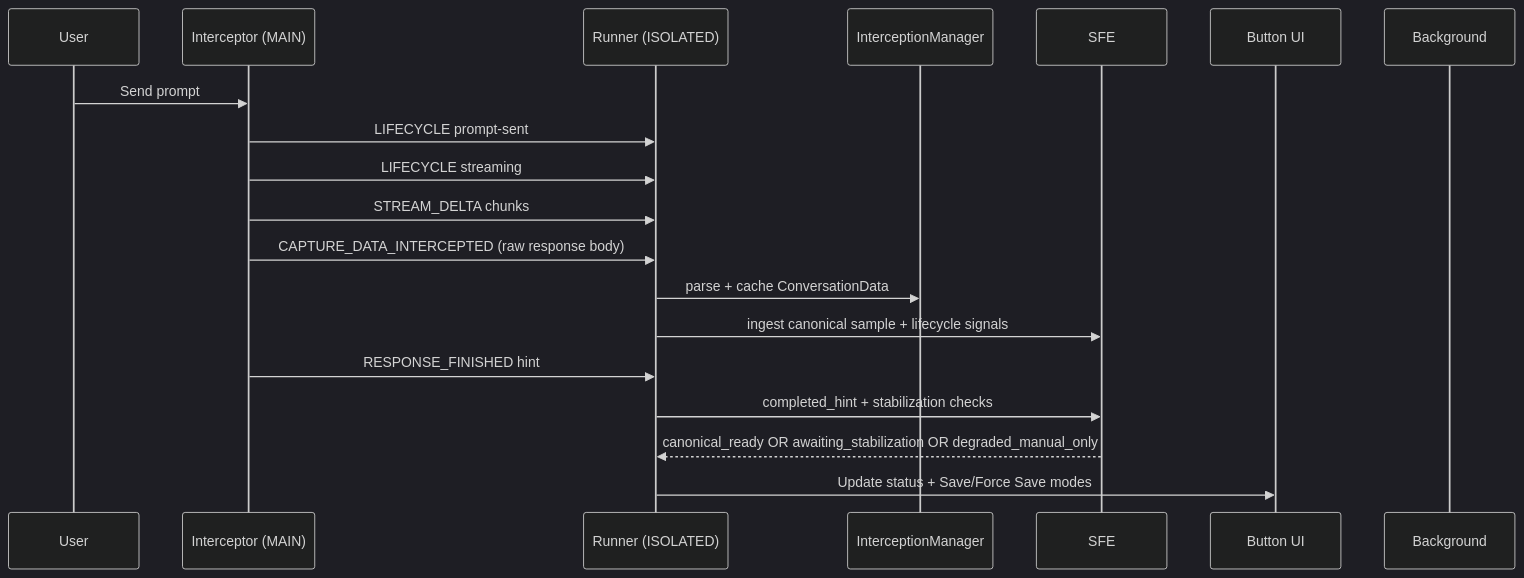
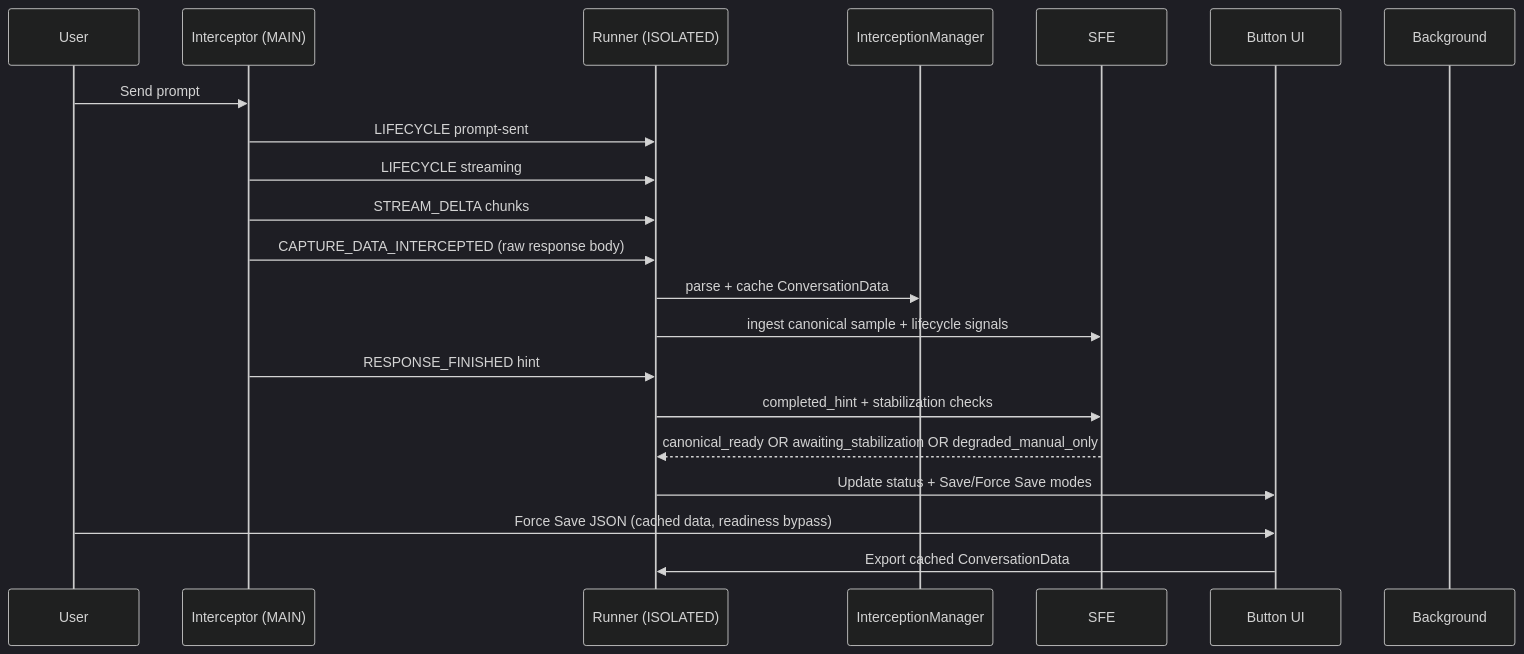
Before and after one commit to ragaeeb/blackiya: the second of 2 diagrams in docs/architecture.md, drawn with Mermaid (dark theme). The commit also changed other lines of this file and 76 other files, not shown here.

First line of the commit message:
feat(markdown): Add markdown export, force save JSON (#47)

````diff
--- a/docs/architecture.md
+++ b/docs/architecture.md
@@ -140,22 +145,24 @@
 ```mermaid
 sequenceDiagram
     participant U as User
     participant I as Interceptor (MAIN)
     participant R as Runner (ISOLATED)
     participant C as InterceptionManager
     participant S as SFE
     participant UI as Button UI
     participant BG as Background
 
     U->>I: Send prompt
     I->>R: LIFECYCLE prompt-sent
     I->>R: LIFECYCLE streaming
     I->>R: STREAM_DELTA chunks
     I->>R: CAPTURE_DATA_INTERCEPTED (raw response body)
     R->>C: parse + cache ConversationData
     R->>S: ingest canonical sample + lifecycle signals
     I->>R: RESPONSE_FINISHED hint
     R->>S: completed_hint + stabilization checks
     S-->>R: canonical_ready OR awaiting_stabilization OR degraded_manual_only
     R->>UI: Update status + Save/Force Save modes
+    U->>UI: Force Save JSON (cached data, readiness bypass)
+    UI->>R: Export cached ConversationData
 ```
````
